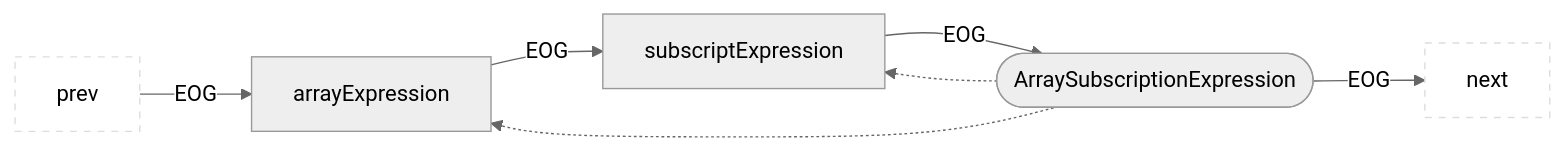
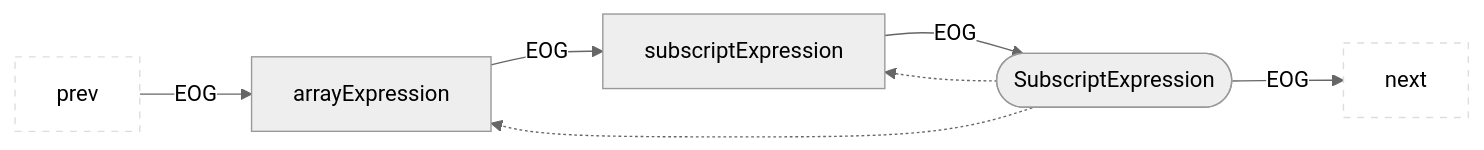
One commit to Fraunhofer-AISEC/cpg changed the eighth of 40 diagrams in docs/docs/CPG/specs/eog.md. Above: the diagram before and after it, drawn with Mermaid (neutral theme). The commit also changed other lines of this file and 147 other files, not shown here.

````diff
--- a/docs/docs/CPG/specs/eog.md
+++ b/docs/docs/CPG/specs/eog.md
@@ -180,10 +180,10 @@
 ```mermaid
 flowchart LR
   classDef outer fill:#fff,stroke:#ddd,stroke-dasharray:5 5;
   prev:::outer --EOG--> child
   child --EOG--> child2["subscriptExpression"]
-  parent(["ArraySubscriptionExpression"]) --EOG--> next:::outer
+  parent(["SubscriptExpression"]) --EOG--> next:::outer
   parent -.-> child["arrayExpression"]
   parent -.-> child2
   child2 --EOG--> parent
 ```
````
